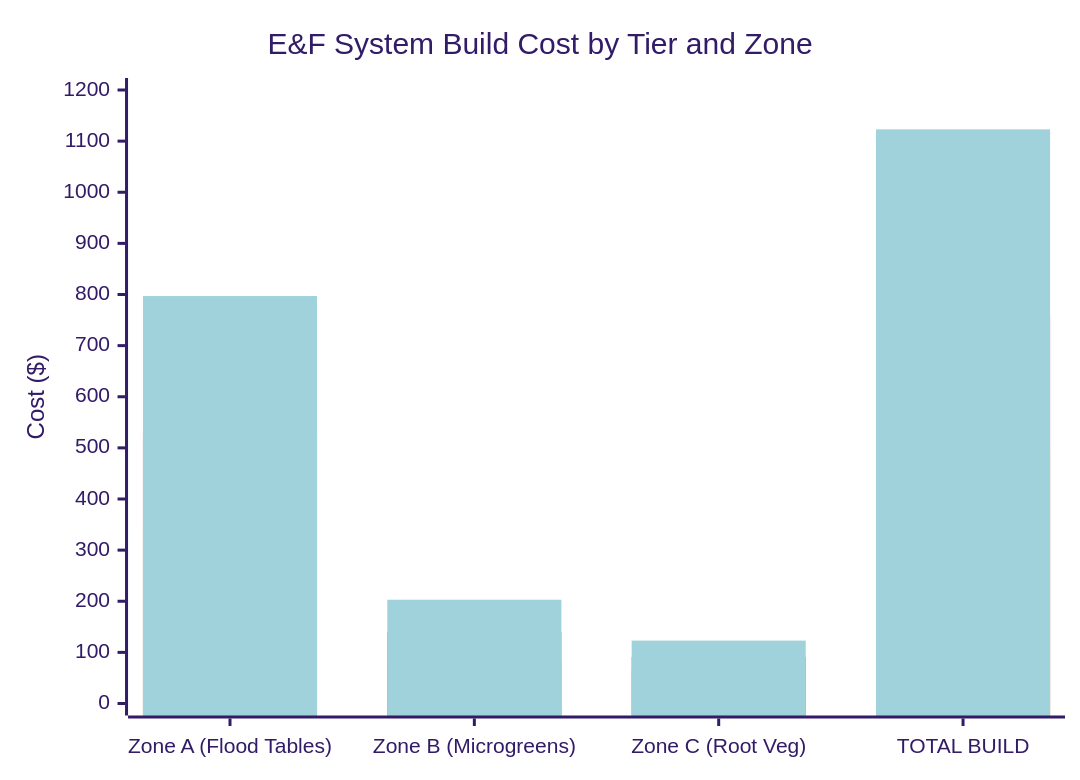
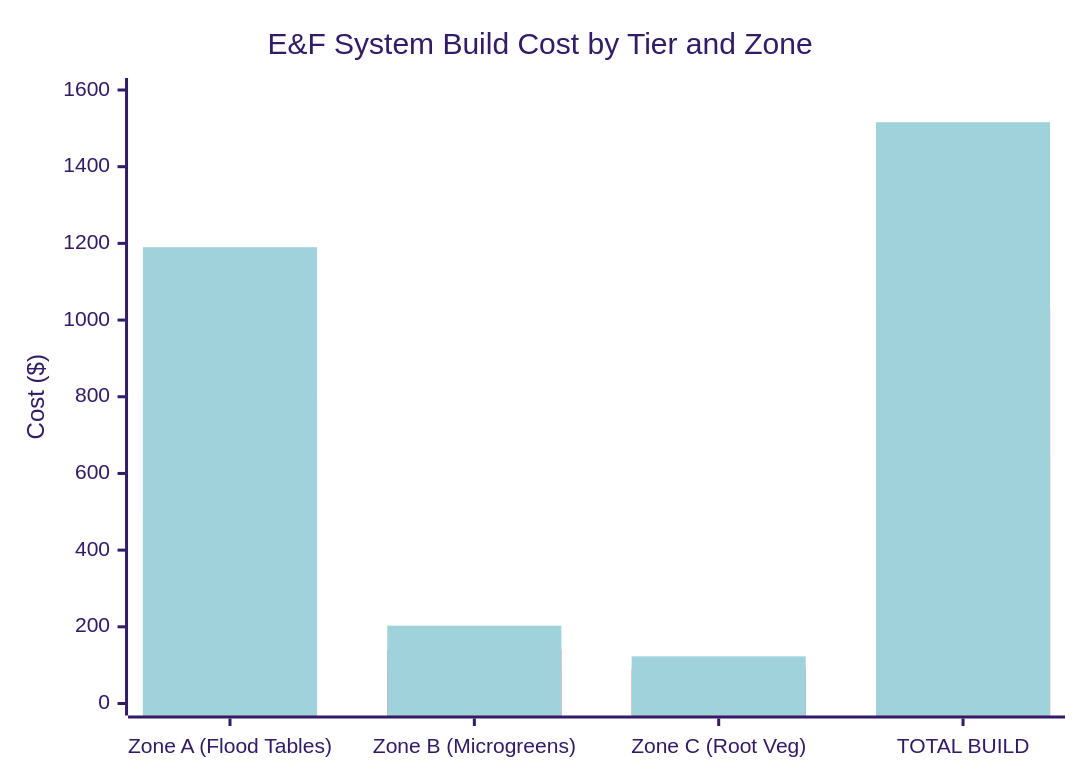
The third of 3 diagrams in guide/ebb-and-flow/12-budget-and-sourcing.md (UncleJS/guide_hydroponics), drawn with Mermaid (forest theme) before and after one commit. The commit also changed other lines of this file and 22 other files, not shown here.

````diff
--- a/guide/ebb-and-flow/12-budget-and-sourcing.md
+++ b/guide/ebb-and-flow/12-budget-and-sourcing.md
@@ -879,9 +879,9 @@
 ```mermaid
 xychart-beta
     title "E&F System Build Cost by Tier and Zone"
     x-axis ["Zone A (Flood Tables)", "Zone B (Microgreens)", "Zone C (Root Veg)", "TOTAL BUILD"]
-    y-axis "Cost ($)" 0 --> 1200
-    bar [339, 89, 65, 493]
-    bar [528, 140, 91, 759]
-    bar [797, 203, 123, 1123]
+    y-axis "Cost ($)" 0 --> 1600
+    bar [494, 89, 65, 648]
+    bar [803, 140, 91, 1034]
+    bar [1190, 203, 123, 1516]
 ```
````
